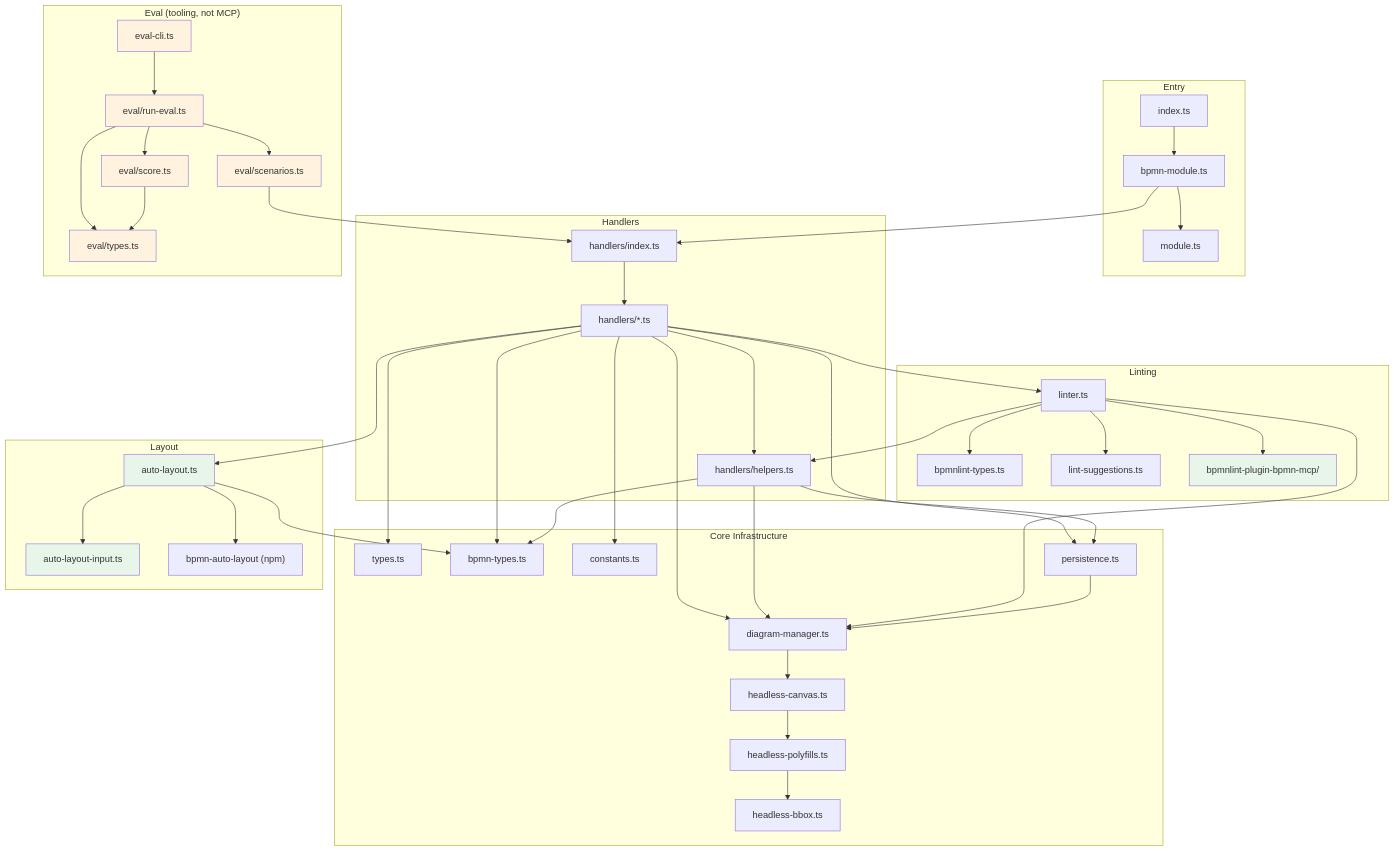
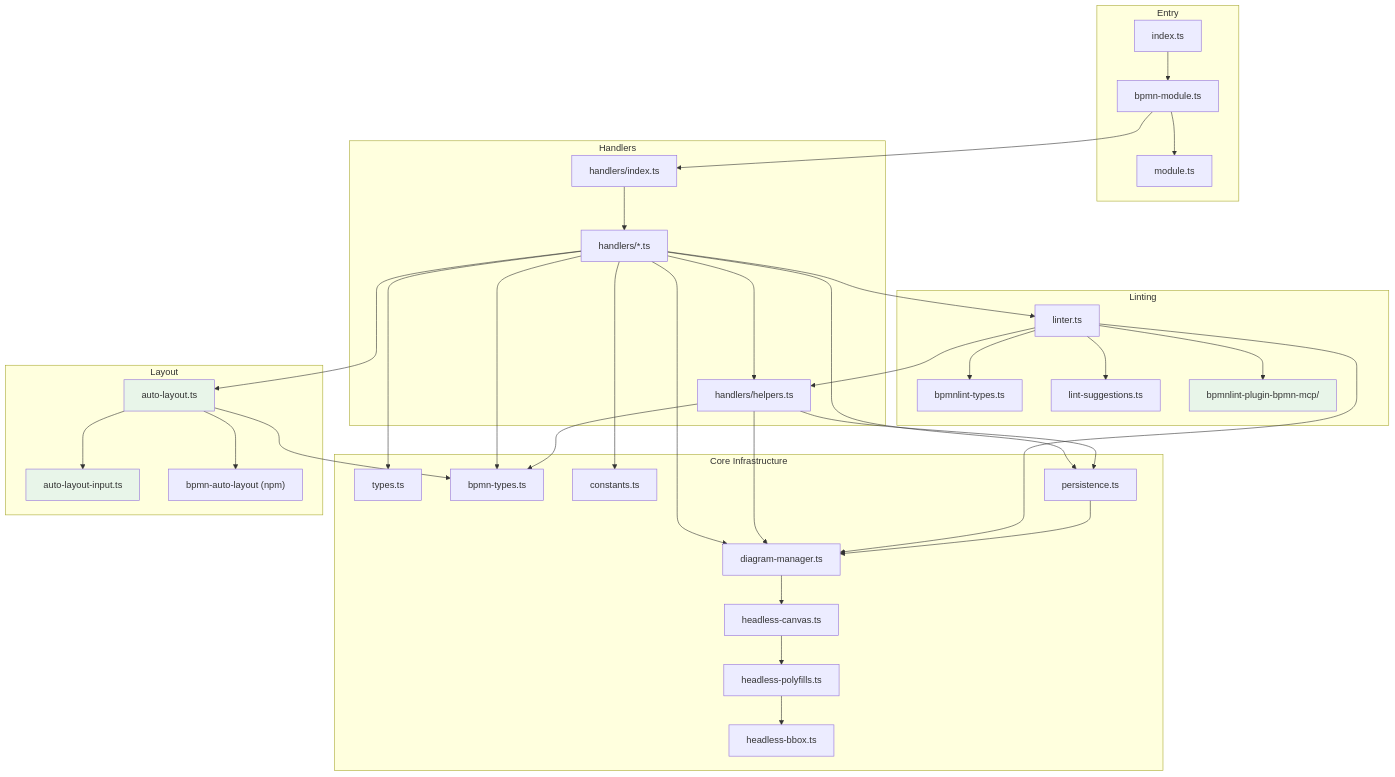
Before and after one commit to datakurre/bpmn-js-mcp: the diagram in docs/architecture.md, drawn with Mermaid. The commit also changed other lines of this file and 16 other files, not shown here.

First line of the commit message:
chore: remove the layout eval harness (src/eval/, src/eval-cli.ts)

````diff
--- a/docs/architecture.md
+++ b/docs/architecture.md
@@ -44,14 +44,6 @@
         lib["bpmn-auto-layout (npm)"]
     end
 
-    subgraph "Eval (tooling, not MCP)"
-        evalcli["eval-cli.ts"]
-        evaltypes["eval/types.ts"]
-        scenarios["eval/scenarios.ts"]
-        score["eval/score.ts"]
-        runeval["eval/run-eval.ts"]
-    end
-
     index --> bpmnmod
     bpmnmod --> mod
     bpmnmod --> hindex
@@ -86,19 +78,7 @@
     autolayout --> lib
     autolayout --> bpmntypes
 
-    evalcli --> runeval
-    runeval --> scenarios
-    runeval --> score
-    runeval --> evaltypes
-    scenarios --> hindex
-    score --> evaltypes
-
     style lintplugin fill:#e8f5e9
     style autolayout fill:#e8f5e9
     style autolayoutinput fill:#e8f5e9
-    style evalcli fill:#fff3e0
-    style evaltypes fill:#fff3e0
-    style scenarios fill:#fff3e0
-    style score fill:#fff3e0
-    style runeval fill:#fff3e0
 ```
````
